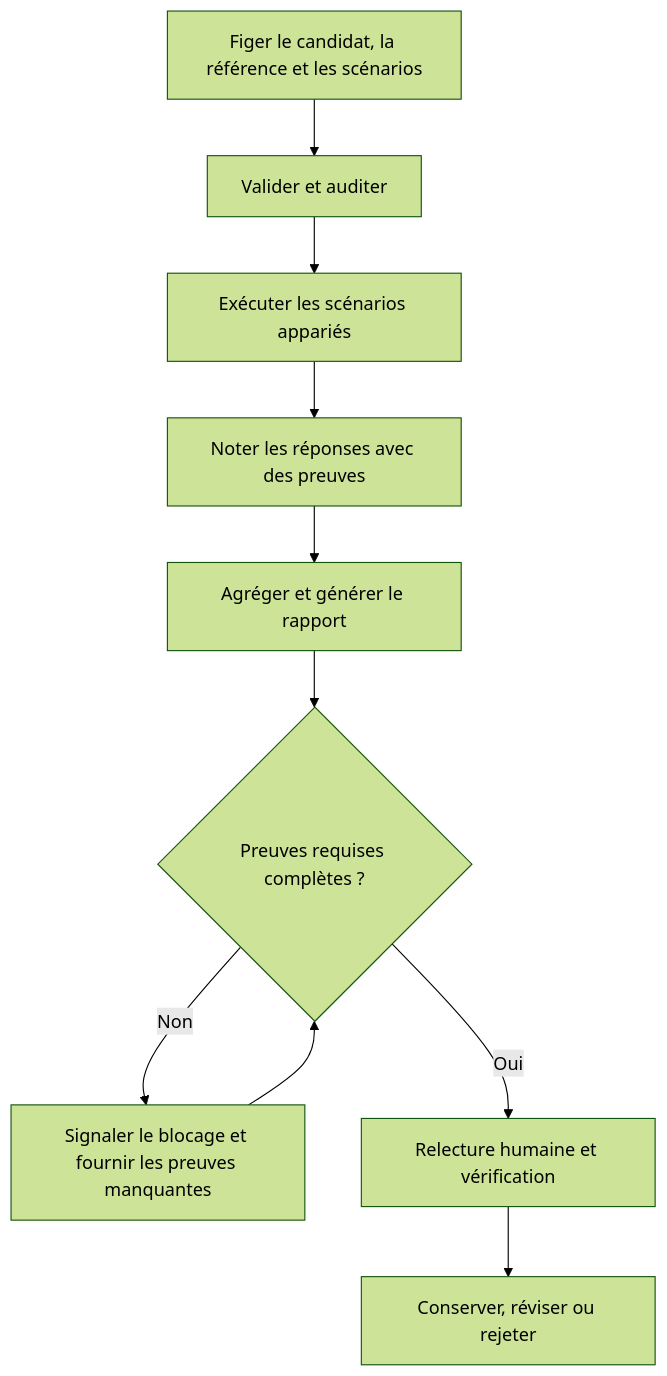
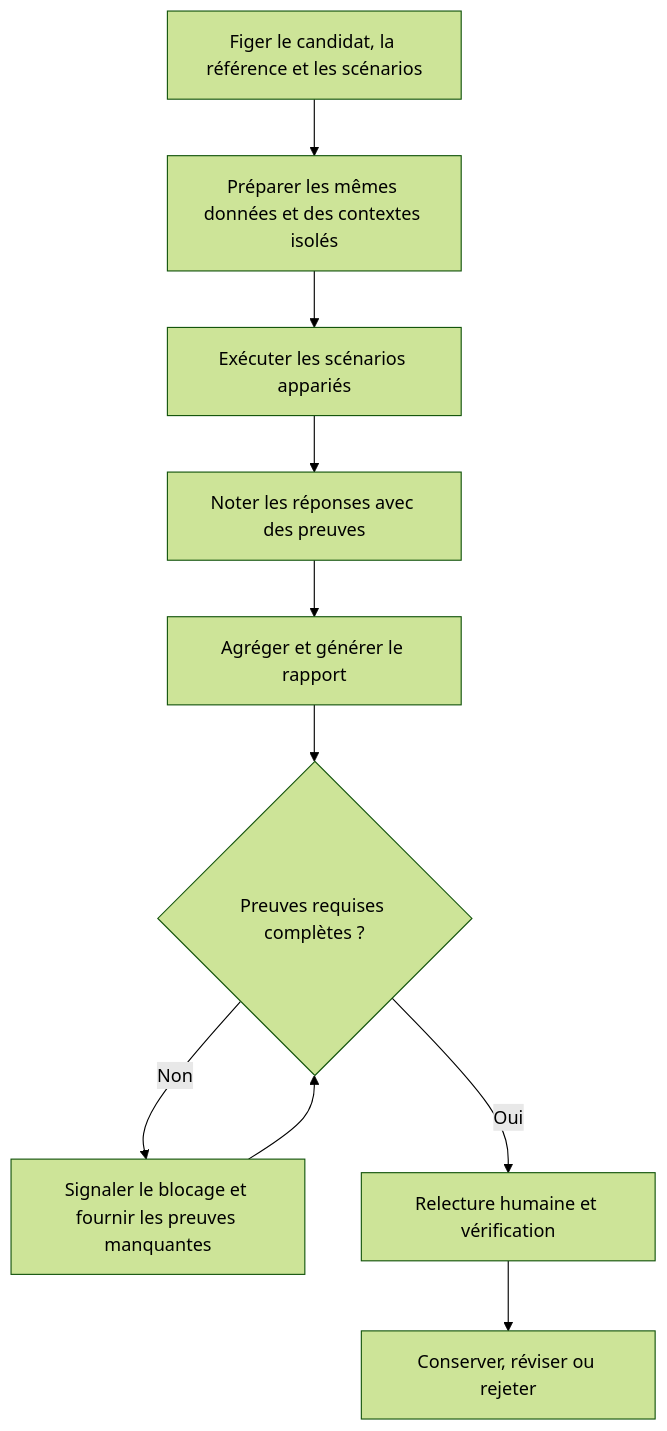
The diagram in docs/site/fr/how-to/evaluate.md (bioinfornatics/agent-plugins), drawn with Mermaid (forest theme) before and after one commit. The commit also changed 136 other files, not shown here.

````diff
--- a/docs/site/fr/how-to/evaluate.md
+++ b/docs/site/fr/how-to/evaluate.md
@@ -9,12 +9,12 @@
 ```mermaid
 flowchart TD
-    A[Figer le candidat, la référence et les scénarios] --> B[Valider et auditer]
+    A[Figer le candidat, la référence et les scénarios] --> B[Préparer les mêmes données et des contextes isolés]
     B --> C[Exécuter les scénarios appariés]
     C --> D[Noter les réponses avec des preuves]
     D --> E[Agréger et générer le rapport]
     E --> F{Preuves requises complètes ?}
     F -->|Non| G[Signaler le blocage et fournir les preuves manquantes]
     G --> F
     F -->|Oui| H[Relecture humaine et vérification]
     H --> I[Conserver, réviser ou rejeter]
 ```
````
